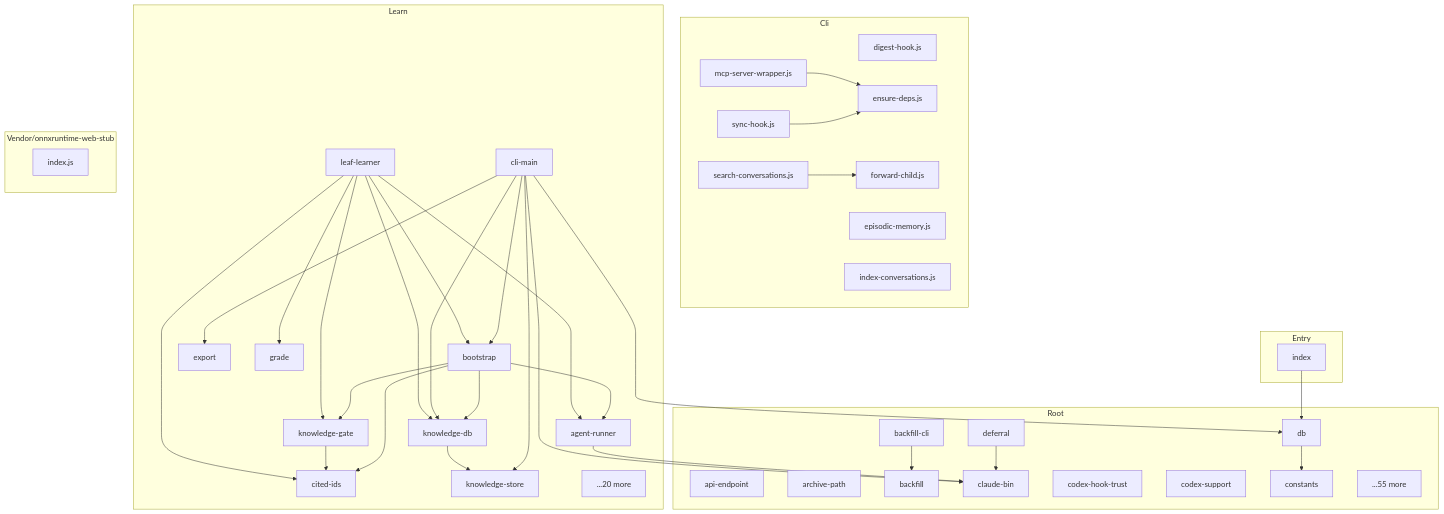
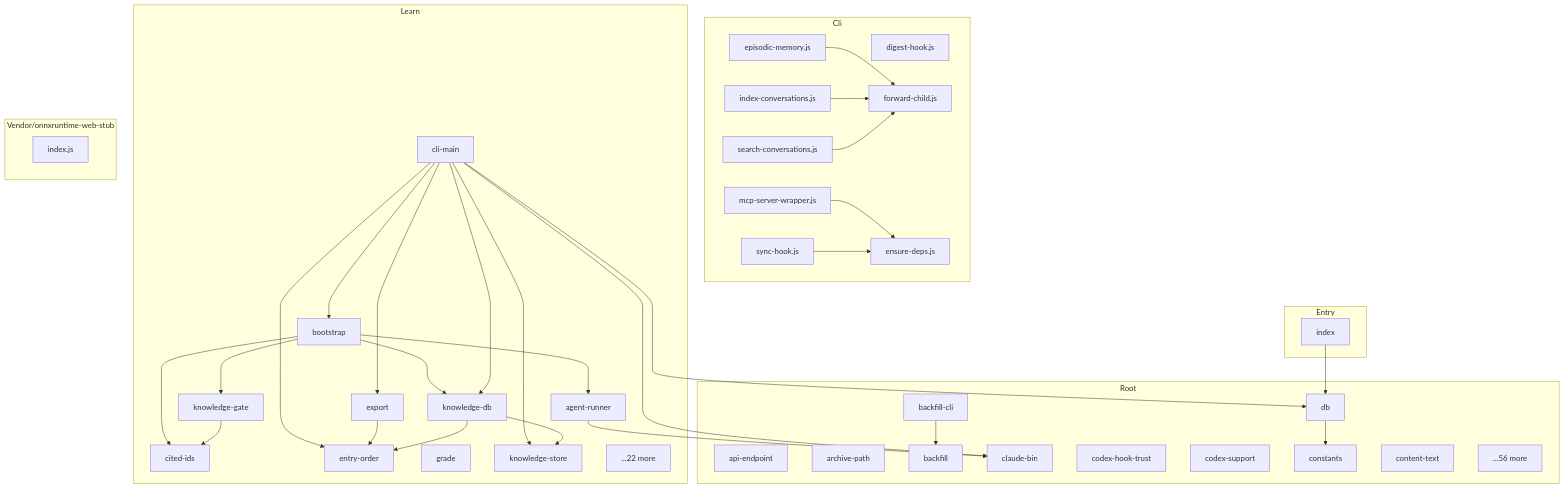
Before and after one commit to danielsimonjr/episodic-memory: the diagram in docs/architecture/DEPENDENCY_GRAPH.md, drawn with Mermaid. The commit also changed other lines of this file and 53 other files, not shown here.

````diff
--- a/docs/architecture/DEPENDENCY_GRAPH.md
+++ b/docs/architecture/DEPENDENCY_GRAPH.md
@@ -2107,76 +2149,74 @@
 ```mermaid
 graph TD
     subgraph Cli
         N0[digest-hook.js]
         N1[ensure-deps.js]
         N2[episodic-memory.js]
         N3[forward-child.js]
         N4[index-conversations.js]
         N5[mcp-server-wrapper.js]
         N6[search-conversations.js]
         N7[sync-hook.js]
     end
 
     subgraph Root
         N8[api-endpoint]
         N9[archive-path]
         N10[backfill-cli]
         N11[backfill]
         N12[claude-bin]
         N13[codex-hook-trust]
         N14[codex-support]
         N15[constants]
-        N16[db]
-        N17[deferral]
-        N18[...55 more]
+        N16[content-text]
+        N17[db]
+        N18[...56 more]
     end
 
     subgraph Entry
         N19[index]
     end
 
     subgraph Learn
         N20[agent-runner]
         N21[bootstrap]
         N22[cited-ids]
         N23[cli-main]
-        N24[export]
-        N25[grade]
-        N26[knowledge-db]
-        N27[knowledge-gate]
-        N28[knowledge-store]
-        N29[leaf-learner]
-        N30[...20 more]
+        N24[entry-order]
+        N25[export]
+        N26[grade]
+        N27[knowledge-db]
+        N28[knowledge-gate]
+        N29[knowledge-store]
+        N30[...22 more]
     end
 
     subgraph Vendor/onnxruntime-web-stub
         N31[index.js]
     end
 
+    N2 --> N3
+    N4 --> N3
     N5 --> N1
     N6 --> N3
     N7 --> N1
     N10 --> N11
-    N16 --> N15
-    N17 --> N12
-    N19 --> N16
+    N17 --> N15
+    N19 --> N17
     N20 --> N12
-    N21 --> N26
     N21 --> N27
+    N21 --> N28
     N21 --> N22
     N21 --> N20
     N23 --> N12
-    N23 --> N26
+    N23 --> N27
+    N23 --> N25
     N23 --> N24
-    N23 --> N28
-    N23 --> N16
+    N23 --> N29
+    N23 --> N17
     N23 --> N21
-    N26 --> N28
-    N27 --> N22
-    N29 --> N21
-    N29 --> N27
-    N29 --> N22
-    N29 --> N26
-    N29 --> N20
-    N29 --> N25
+    N25 --> N24
+    N27 --> N29
+    N27 --> N24
+    N28 --> N22
 ```
````
